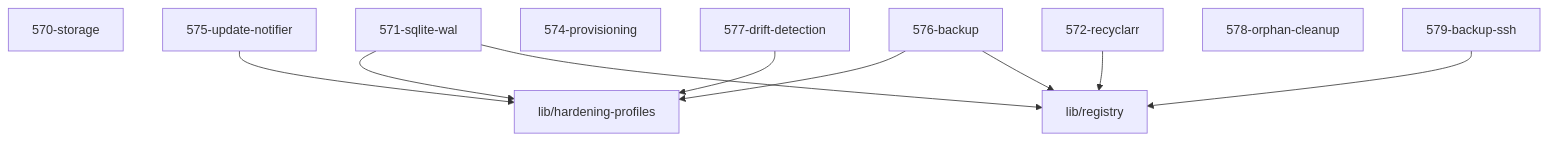
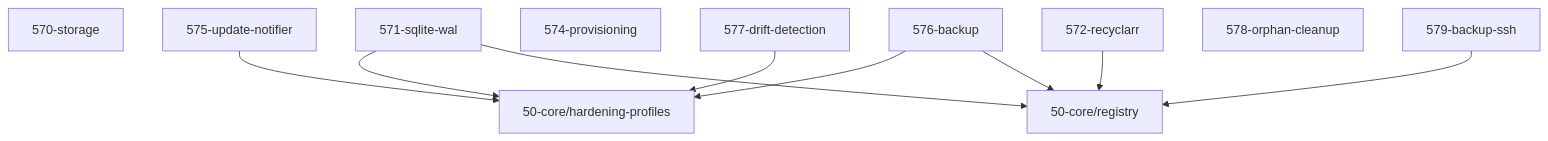
Before and after one commit to grapefruit89/mediNix-core: the diagram in 57-maintenance/AGENTS.md, drawn with Mermaid. The commit also changed other lines of this file and 79 other files, not shown here.

Commit message:
refactor(repo): resolve lib/ into 50-core, packages, and tests

````diff
--- a/57-maintenance/AGENTS.md
+++ b/57-maintenance/AGENTS.md
@@ -59,14 +59,14 @@
 ```mermaid
 graph TD
   570_storage["570-storage"]
-  571_sqlite_wal["571-sqlite-wal"] --> hardening_profiles["lib/hardening-profiles"]
-  571_sqlite_wal["571-sqlite-wal"] --> registry["lib/registry"]
-  572_recyclarr["572-recyclarr"] --> registry["lib/registry"]
+  571_sqlite_wal["571-sqlite-wal"] --> hardening_profiles["50-core/hardening-profiles"]
+  571_sqlite_wal["571-sqlite-wal"] --> registry["50-core/registry"]
+  572_recyclarr["572-recyclarr"] --> registry["50-core/registry"]
   574_provisioning["574-provisioning"]
-  575_update_notifier["575-update-notifier"] --> hardening_profiles["lib/hardening-profiles"]
-  576_backup["576-backup"] --> hardening_profiles["lib/hardening-profiles"]
-  576_backup["576-backup"] --> registry["lib/registry"]
-  577_drift_detection["577-drift-detection"] --> hardening_profiles["lib/hardening-profiles"]
+  575_update_notifier["575-update-notifier"] --> hardening_profiles["50-core/hardening-profiles"]
+  576_backup["576-backup"] --> hardening_profiles["50-core/hardening-profiles"]
+  576_backup["576-backup"] --> registry["50-core/registry"]
+  577_drift_detection["577-drift-detection"] --> hardening_profiles["50-core/hardening-profiles"]
   578_orphan_cleanup["578-orphan-cleanup"]
-  579_backup_ssh["579-backup-ssh"] --> registry["lib/registry"]
+  579_backup_ssh["579-backup-ssh"] --> registry["50-core/registry"]
 ```
````
